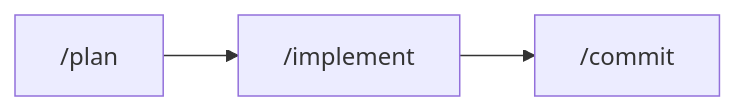
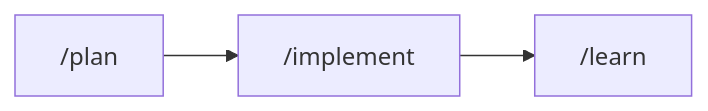
One commit to igounton/framework changed the first of 5 diagrams in aidd_docs/README.md. Above: the diagram before and after it, drawn with Mermaid. The commit also changed other lines of this file, not shown here.

````diff
--- a/aidd_docs/README.md
+++ b/aidd_docs/README.md
@@ -108,4 +122,4 @@
 ```mermaid
 graph LR
-    P["/plan"] --> I["/implement"] --> C["/commit"]
+    P["/plan"] --> I["/implement"] --> C["/learn"]
 ```
````
